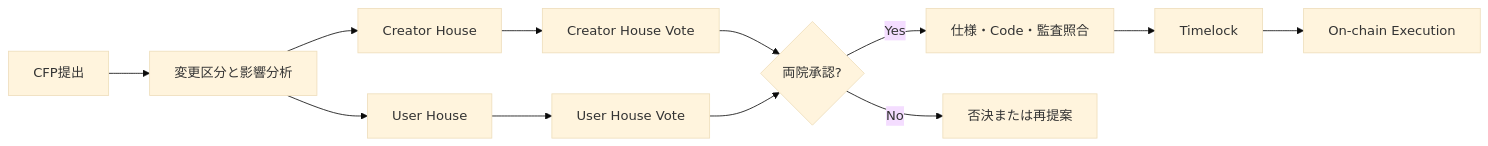
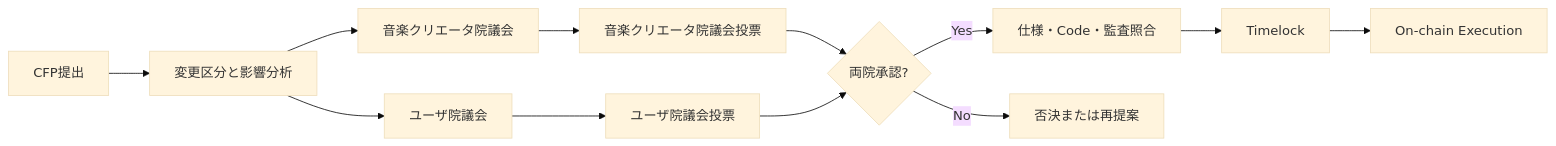
One commit to ShigeichiroYamasaki/creator-first-platform changed the first of 2 diagrams in docs/governance/index.md. Above: the diagram before and after it, drawn with Mermaid (base theme). The commit also changed other lines of this file and 67 other files, not shown here.

````diff
--- a/docs/governance/index.md
+++ b/docs/governance/index.md
@@ -24,19 +24,19 @@
 ```mermaid
 flowchart LR
     CFP[CFP提出]
     CLASS[変更区分と影響分析]
-    CH[Creator House]
-    UH[User House]
-    CV[Creator House Vote]
-    UV[User House Vote]
+    CH[音楽クリエータ院議会]
+    UH[ユーザ院議会]
+    CV[音楽クリエータ院議会投票]
+    UV[ユーザ院議会投票]
     JOINT{両院承認?}
     VERIFY[仕様・Code・監査照合]
     TIME[Timelock]
     EXEC[On-chain Execution]
 
     CFP --> CLASS
     CLASS --> CH --> CV --> JOINT
     CLASS --> UH --> UV --> JOINT
     JOINT -->|Yes| VERIFY --> TIME --> EXEC
     JOINT -->|No| REWORK[否決または再提案]
 ```
````
